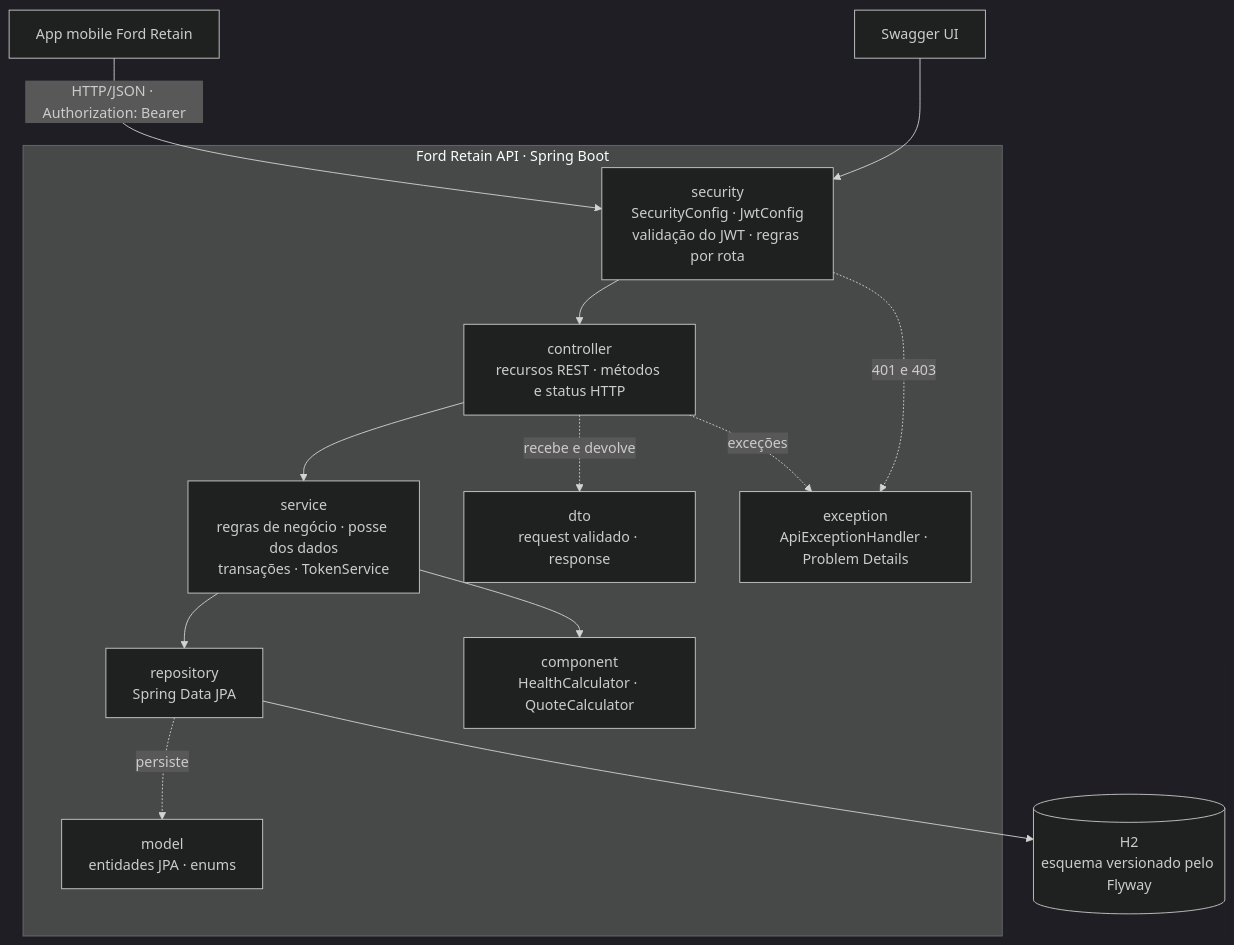
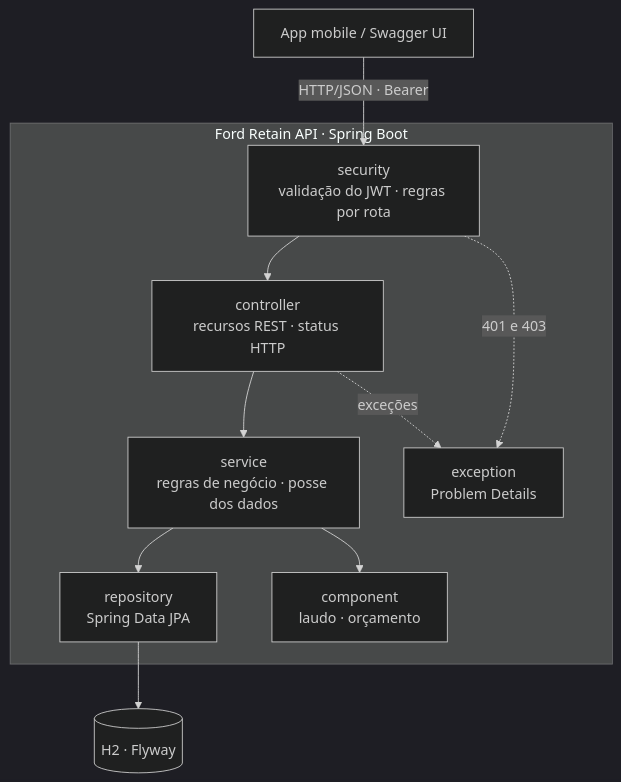
The first of 2 diagrams in README.md (La-Elvis-Tech-2/src-ford-retain-back-end), drawn with Mermaid (dark theme) before and after one commit. The commit also changed other lines of this file and 2 other files, not shown here.

Commit message:
docs: trim the readme to the essentials and simplify the diagrams

````diff
--- a/README.md
+++ b/README.md
@@ -93,29 +43,17 @@
 ```mermaid
 flowchart TB
-    APP["App mobile Ford Retain"]
-    SW["Swagger UI"]
-
+    CLI["App mobile / Swagger UI"] -->|"HTTP/JSON · Bearer"| SEC
     subgraph API["Ford Retain API · Spring Boot"]
-        SEC["security<br/>SecurityConfig · JwtConfig<br/>validação do JWT · regras por rota"]
-        CTRL["controller<br/>recursos REST · métodos e status HTTP"]
-        SVC["service<br/>regras de negócio · posse dos dados<br/>transações · TokenService"]
-        COMP["component<br/>HealthCalculator · QuoteCalculator"]
+        SEC["security<br/>validação do JWT · regras por rota"]
+        CTRL["controller<br/>recursos REST · status HTTP"]
+        SVC["service<br/>regras de negócio · posse dos dados"]
+        COMP["component<br/>laudo · orçamento"]
         REPO["repository<br/>Spring Data JPA"]
-        DTO["dto<br/>request validado · response"]
-        MODEL["model<br/>entidades JPA · enums"]
-        EXC["exception<br/>ApiExceptionHandler · Problem Details"]
-
+        EXC["exception<br/>Problem Details"]
         SEC --> CTRL --> SVC --> REPO
         SVC --> COMP
-        CTRL -.->|"recebe e devolve"| DTO
-        REPO -.->|"persiste"| MODEL
         SEC -.->|"401 e 403"| EXC
         CTRL -.->|"exceções"| EXC
     end
-
-    DB[("H2<br/>esquema versionado pelo Flyway")]
-
-    APP -->|"HTTP/JSON · Authorization: Bearer"| SEC
-    SW --> SEC
-    REPO --> DB
+    REPO --> DB[("H2 · Flyway")]
 ```
````
